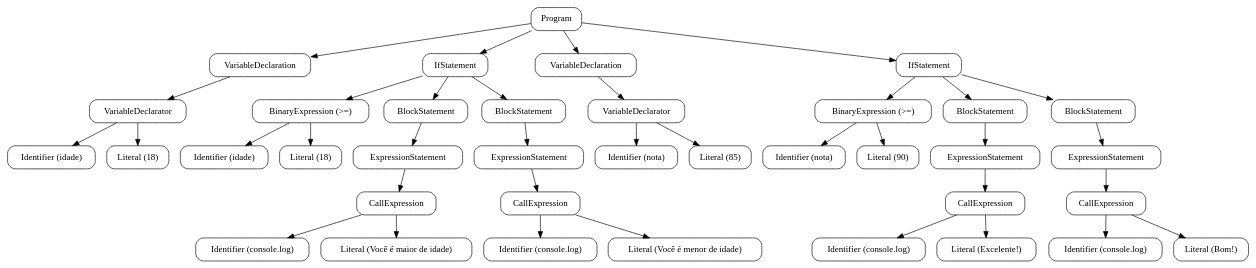
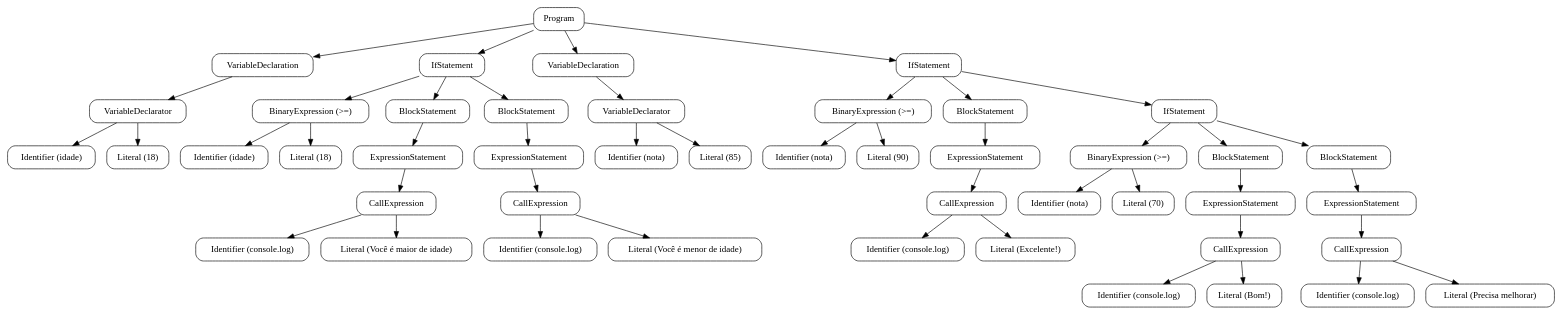
Before and after one commit to lorena-strobel/NovaScript: the diagram in output/test_conditionals.ast.dot, drawn with Graphviz. The commit also changed 23 other files, not shown here.

```diff
--- a/output/test_conditionals.ast.dot
+++ b/output/test_conditionals.ast.dot
@@ -1,76 +1,94 @@
 digraph AST {
   node [shape=box, style="rounded"];
   0 [label="Program"];
   1 [label="VariableDeclaration"];
   0 -> 1;
   2 [label="VariableDeclarator"];
   1 -> 2;
   3 [label="Identifier (idade)"];
   2 -> 3;
   4 [label="Literal (18)"];
   2 -> 4;
   5 [label="IfStatement"];
   0 -> 5;
   6 [label="BinaryExpression (>=)"];
   5 -> 6;
   7 [label="Identifier (idade)"];
   6 -> 7;
   8 [label="Literal (18)"];
   6 -> 8;
   9 [label="BlockStatement"];
   5 -> 9;
   10 [label="ExpressionStatement"];
   9 -> 10;
   11 [label="CallExpression"];
   10 -> 11;
   12 [label="Identifier (console.log)"];
   11 -> 12;
   13 [label="Literal (Você é maior de idade)"];
   11 -> 13;
   14 [label="BlockStatement"];
   5 -> 14;
   15 [label="ExpressionStatement"];
   14 -> 15;
   16 [label="CallExpression"];
   15 -> 16;
   17 [label="Identifier (console.log)"];
   16 -> 17;
   18 [label="Literal (Você é menor de idade)"];
   16 -> 18;
   19 [label="VariableDeclaration"];
   0 -> 19;
   20 [label="VariableDeclarator"];
   19 -> 20;
   21 [label="Identifier (nota)"];
   20 -> 21;
   22 [label="Literal (85)"];
   20 -> 22;
   23 [label="IfStatement"];
   0 -> 23;
   24 [label="BinaryExpression (>=)"];
   23 -> 24;
   25 [label="Identifier (nota)"];
   24 -> 25;
   26 [label="Literal (90)"];
   24 -> 26;
   27 [label="BlockStatement"];
   23 -> 27;
   28 [label="ExpressionStatement"];
   27 -> 28;
   29 [label="CallExpression"];
   28 -> 29;
   30 [label="Identifier (console.log)"];
   29 -> 30;
   31 [label="Literal (Excelente!)"];
   29 -> 31;
-  32 [label="BlockStatement"];
+  32 [label="IfStatement"];
   23 -> 32;
-  33 [label="ExpressionStatement"];
+  33 [label="BinaryExpression (>=)"];
   32 -> 33;
-  34 [label="CallExpression"];
+  34 [label="Identifier (nota)"];
   33 -> 34;
-  35 [label="Identifier (console.log)"];
-  34 -> 35;
-  36 [label="Literal (Bom!)"];
-  34 -> 36;
+  35 [label="Literal (70)"];
+  33 -> 35;
+  36 [label="BlockStatement"];
+  32 -> 36;
+  37 [label="ExpressionStatement"];
+  36 -> 37;
+  38 [label="CallExpression"];
+  37 -> 38;
+  39 [label="Identifier (console.log)"];
+  38 -> 39;
+  40 [label="Literal (Bom!)"];
+  38 -> 40;
+  41 [label="BlockStatement"];
+  32 -> 41;
+  42 [label="ExpressionStatement"];
+  41 -> 42;
+  43 [label="CallExpression"];
+  42 -> 43;
+  44 [label="Identifier (console.log)"];
+  43 -> 44;
+  45 [label="Literal (Precisa melhorar)"];
+  43 -> 45;
 }
```
